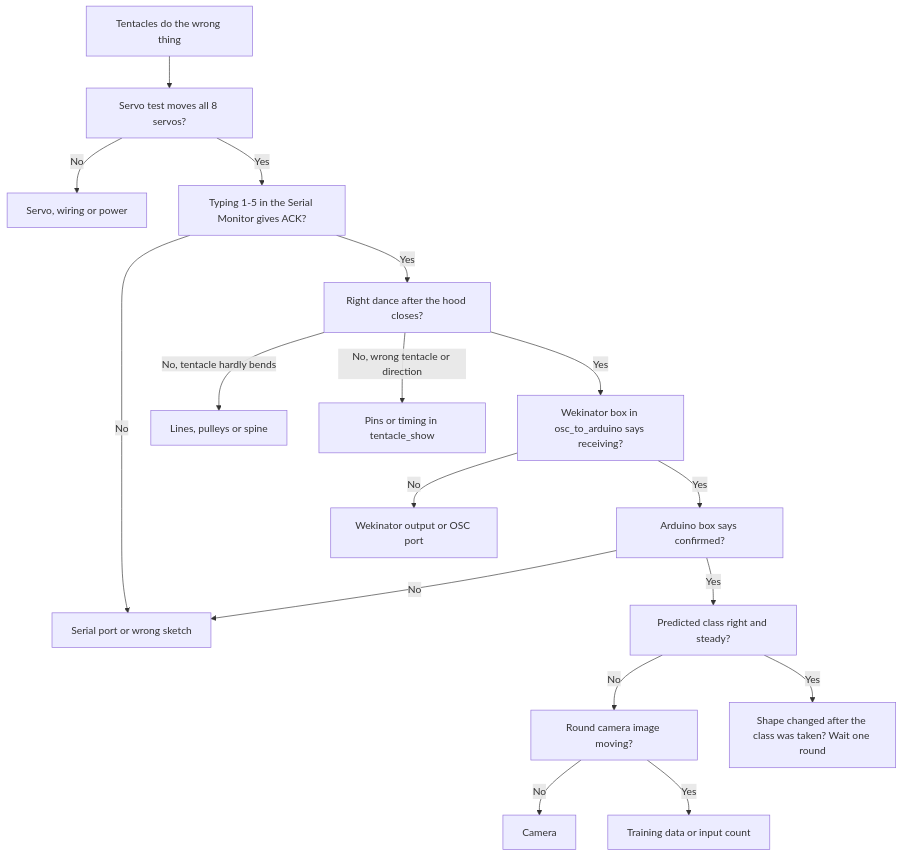
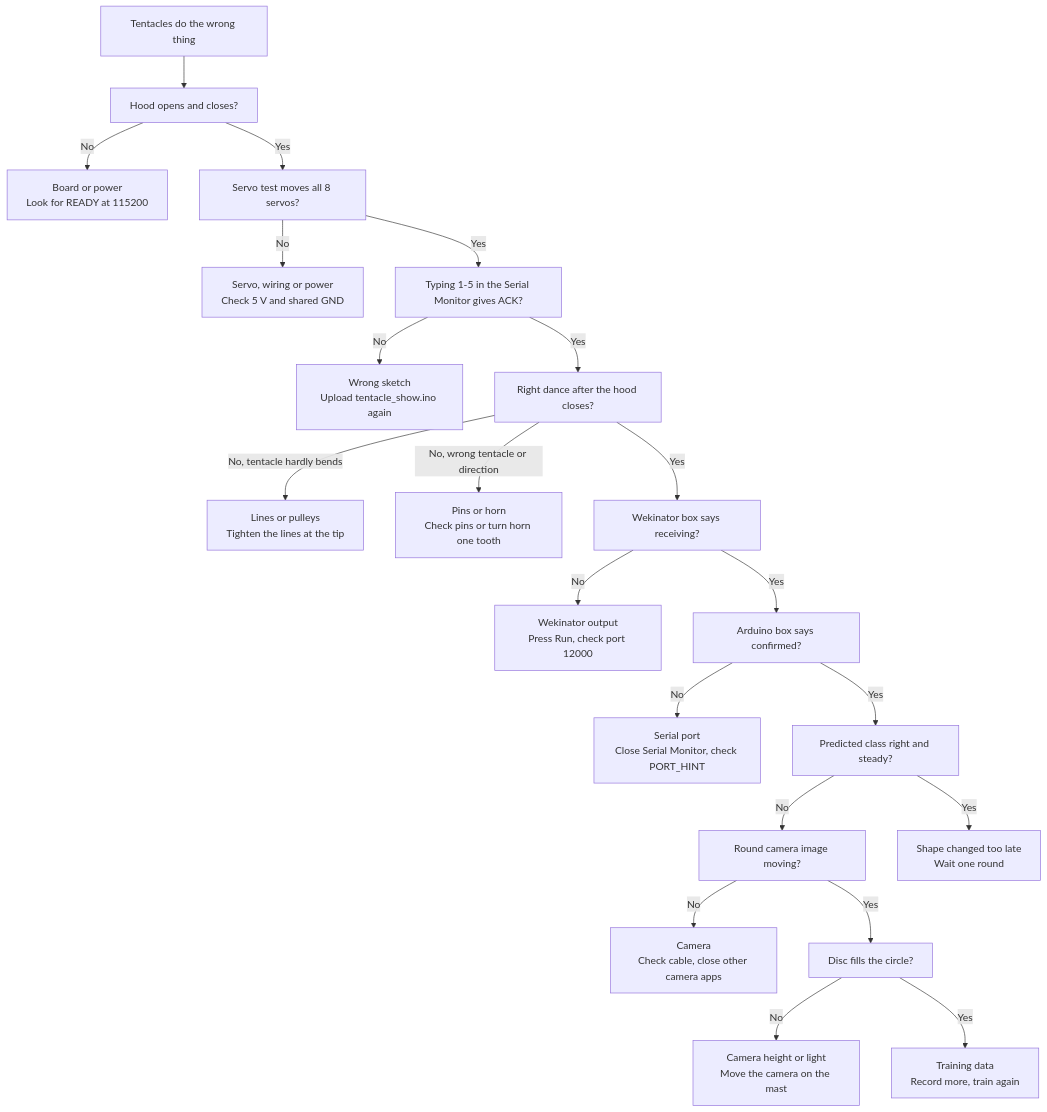
One commit to ismailk1/cps_group11 changed the second of 2 diagrams in README.md. Above: the diagram before and after it, drawn with Mermaid. The commit also changed other lines of this file, not shown here.

````diff
--- a/README.md
+++ b/README.md
@@ -271,19 +271,23 @@
 ```mermaid
 flowchart TB
-    A[Tentacles do the wrong thing] --> B[Servo test moves all 8 servos?]
-    B -- No --> H[Servo, wiring or power]
+    A[Tentacles do the wrong thing] --> Q[Hood opens and closes?]
+    Q -- No --> L["Board or power<br>Look for READY at 115200"]
+    Q -- Yes --> B[Servo test moves all 8 servos?]
+    B -- No --> H["Servo, wiring or power<br>Check 5 V and shared GND"]
     B -- Yes --> C[Typing 1-5 in the Serial Monitor gives ACK?]
-    C -- No --> S[Serial port or wrong sketch]
+    C -- No --> S["Wrong sketch<br>Upload tentacle_show.ino again"]
     C -- Yes --> D[Right dance after the hood closes?]
-    D -- "No, tentacle hardly bends" --> T[Lines, pulleys or spine]
-    D -- "No, wrong tentacle or direction" --> P[Pins or timing in tentacle_show]
-    D -- Yes --> E[Wekinator box in osc_to_arduino says receiving?]
-    E -- No --> O[Wekinator output or OSC port]
+    D -- "No, tentacle hardly bends" --> T["Lines or pulleys<br>Tighten the lines at the tip"]
+    D -- "No, wrong tentacle or direction" --> P["Pins or horn<br>Check pins or turn horn one tooth"]
+    D -- Yes --> E[Wekinator box says receiving?]
+    E -- No --> O["Wekinator output<br>Press Run, check port 12000"]
     E -- Yes --> F[Arduino box says confirmed?]
-    F -- No --> S
+    F -- No --> S2["Serial port<br>Close Serial Monitor, check PORT_HINT"]
     F -- Yes --> G[Predicted class right and steady?]
     G -- No --> I[Round camera image moving?]
-    I -- No --> V[Camera]
-    I -- Yes --> M[Training data or input count]
-    G -- Yes --> K[Shape changed after the class was taken? Wait one round]
+    I -- No --> V["Camera<br>Check cable, close other camera apps"]
+    I -- Yes --> J[Disc fills the circle?]
+    J -- No --> R["Camera height or light<br>Move the camera on the mast"]
+    J -- Yes --> M["Training data<br>Record more, train again"]
+    G -- Yes --> K["Shape changed too late<br>Wait one round"]
 ```
````
